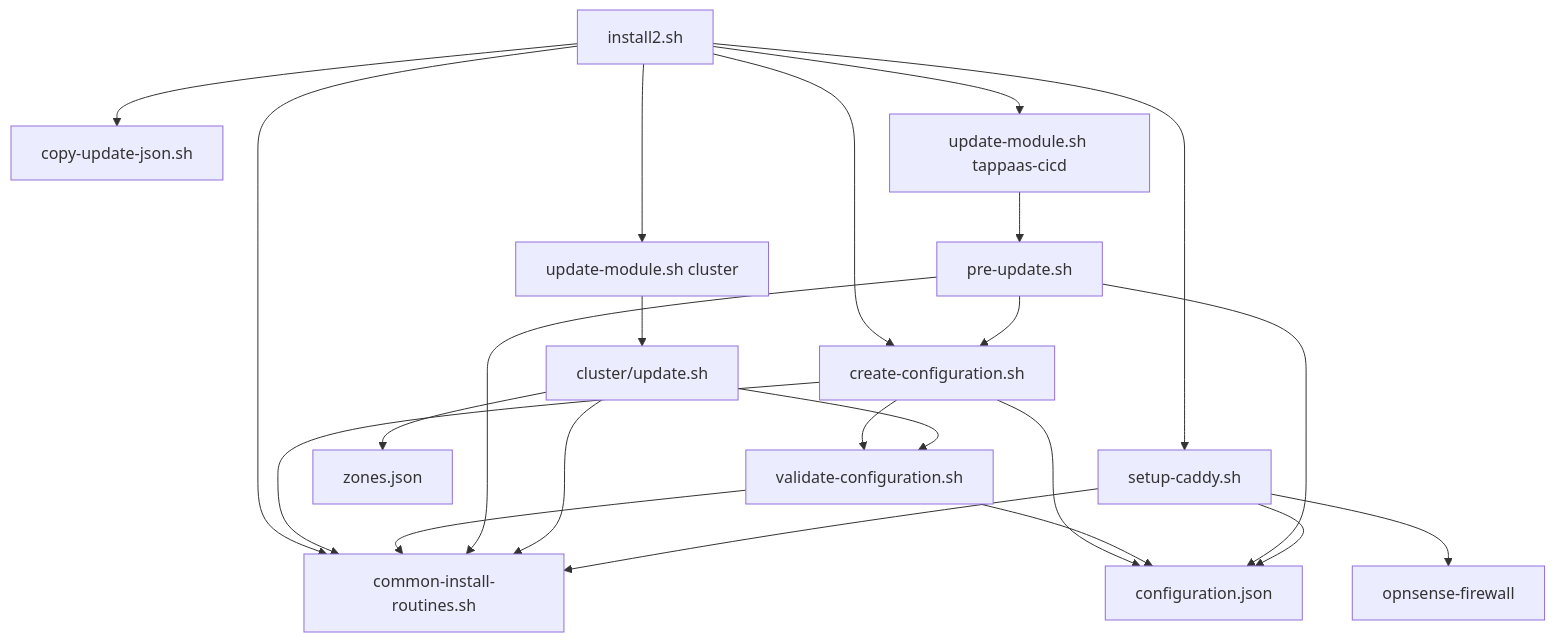
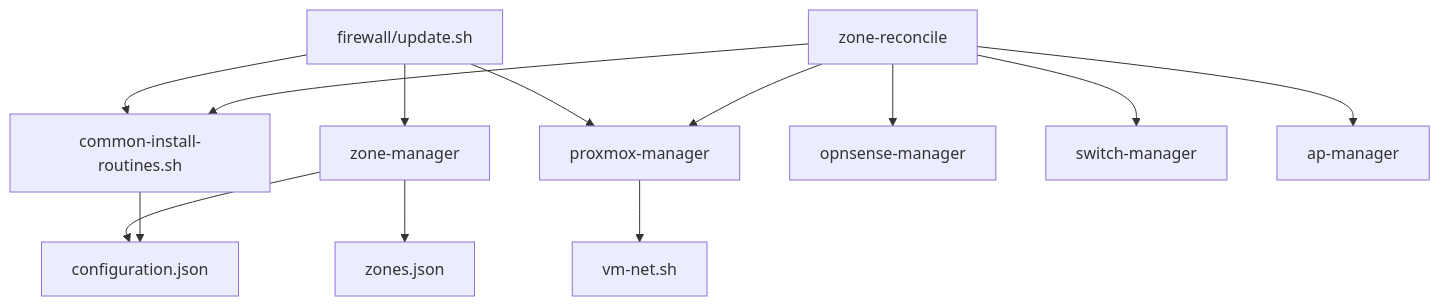
Before and after one commit to TAPPaaS/TAPPaaS: the eighth of 14 diagrams in src/foundation/DEPENDENCIES.md, drawn with Mermaid. The commit also changed other lines of this file and 3 other files, not shown here.

Commit message:
updated dependency graphs

````diff
--- a/src/foundation/DEPENDENCIES.md
+++ b/src/foundation/DEPENDENCIES.md
@@ -249,25 +315,15 @@
 ```mermaid
 graph TD
-    A["install2.sh"] --> B["create-configuration.sh"]
-    A --> C["copy-update-json.sh"]
-    A --> D["update-module.sh tappaas-cicd"]
-    A --> E["update-module.sh cluster"]
-    A --> F["setup-caddy.sh"]
-    A --> G["common-install-routines.sh"]
-    B --> G
-    B --> H["validate-configuration.sh"]
-    B --> I["configuration.json"]
-    H --> G
-    H --> I
-    D --> J["pre-update.sh"]
-    J --> G
-    J --> B
-    J --> I
-    E --> K["cluster/update.sh"]
-    K --> G
-    K --> H
-    K --> L["zones.json"]
-    F --> G
-    F --> I
-    F --> M["opnsense-firewall"]
+    A["firewall/update.sh"] --> B["common-install-routines.sh"]
+    A --> C["zone-manager"]
+    A --> P["proxmox-manager"]
+    C --> D["zones.json"]
+    C --> CFG["configuration.json"]
+    P --> VN["vm-net.sh"]
+    R["zone-reconcile"] --> B
+    R --> OM["opnsense-manager"]
+    R --> P
+    R --> SW["switch-manager"]
+    R --> AP["ap-manager"]
+    B --> CFG
 ```
````
